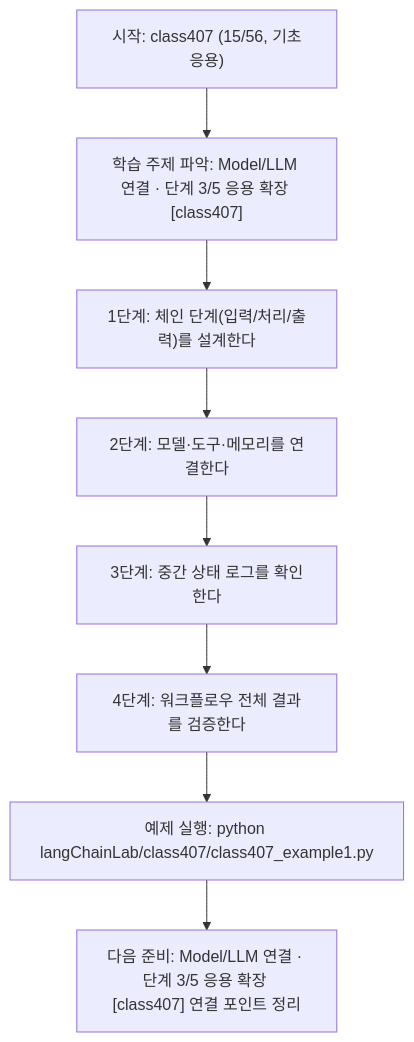
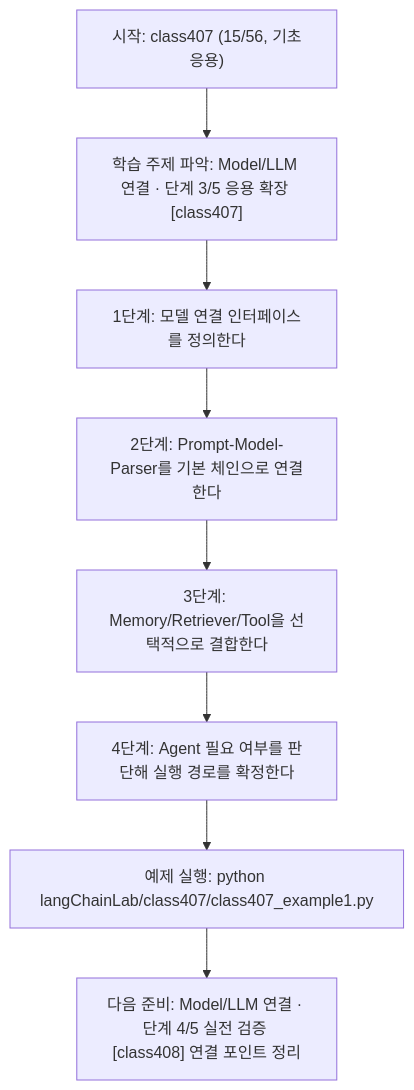
Before and after one commit to edumgt/Python-AI_Agent-Class: the diagram in langChainLab/class407/class407.md, drawn with Mermaid. The commit also changed other lines of this file and 395 other files, not shown here.

````diff
--- a/langChainLab/class407/class407.md
+++ b/langChainLab/class407/class407.md
@@ -110,18 +91,18 @@
 ```mermaid
 flowchart TD
 N1["시작: class407 (15/56, 기초응용)"]
 N2["학습 주제 파악: Model/LLM 연결 · 단계 3/5 응용 확장 [class407]"]
-N3["1단계: 체인 단계(입력/처리/출력)를 설계한다"]
-N4["2단계: 모델·도구·메모리를 연결한다"]
-N5["3단계: 중간 상태 로그를 확인한다"]
-N6["4단계: 워크플로우 전체 결과를 검증한다"]
+N3["1단계: 모델 연결 인터페이스를 정의한다"]
+N4["2단계: Prompt-Model-Parser를 기본 체인으로 연결한다"]
+N5["3단계: Memory/Retriever/Tool을 선택적으로 결합한다"]
+N6["4단계: Agent 필요 여부를 판단해 실행 경로를 확정한다"]
 N7["예제 실행: python langChainLab/class407/class407_example1.py"]
-N8["다음 준비: Model/LLM 연결 · 단계 3/5 응용 확장 [class407] 연결 포인트 정리"]
+N8["다음 준비: Model/LLM 연결 · 단계 4/5 실전 검증 [class408] 연결 포인트 정리"]
 N1 --> N2
 N2 --> N3
 N3 --> N4
 N4 --> N5
 N5 --> N6
 N6 --> N7
 N7 --> N8
 ```
````
